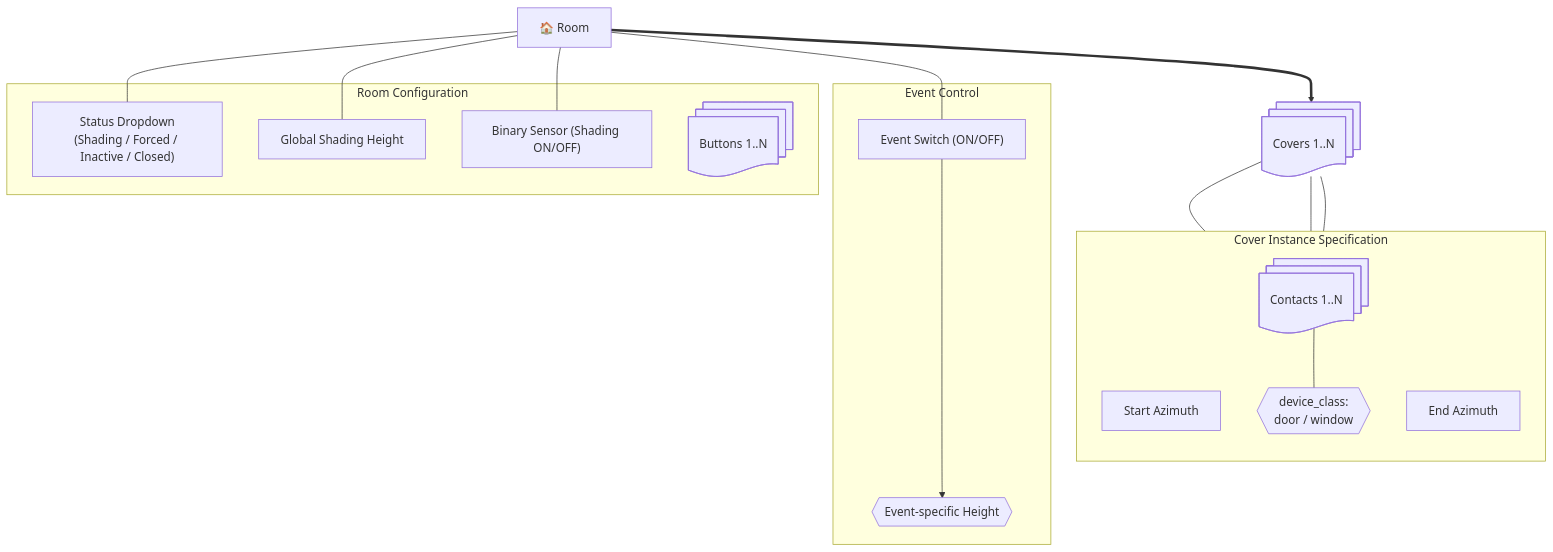
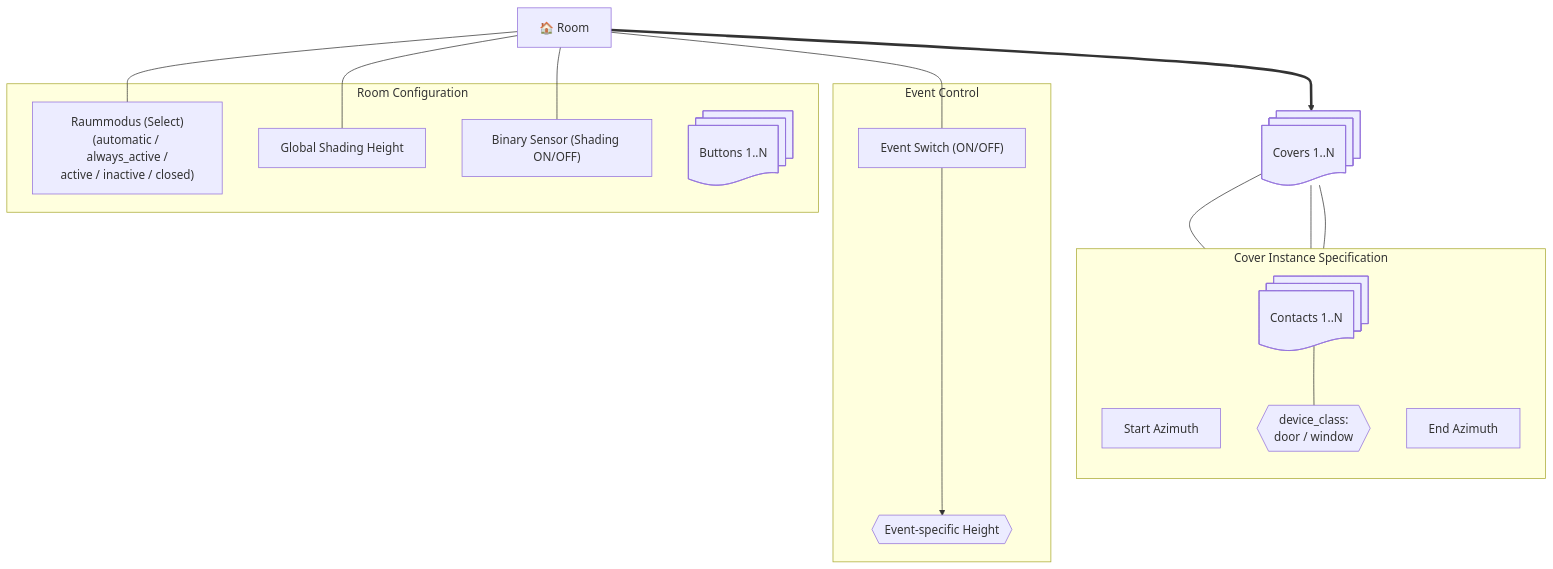
The diagram in .github/copilot-instructions.md (Revilo91/CoverControlAdvanced), drawn with Mermaid before and after one commit. The commit also changed other lines of this file and 2 other files, not shown here.

````diff
--- a/.github/copilot-instructions.md
+++ b/.github/copilot-instructions.md
@@ -40,48 +46,48 @@
 ```mermaid
 flowchart TD
     %% Room Level
     Room["🏠 Room"]
 
     subgraph RoomParams [Room Configuration]
-        State["Status Dropdown<br/>(Shading / Forced / Inactive / Closed)"]
+        State["Raummodus (Select)<br/>(automatic / always_active /<br/>active / inactive / closed)"]
         BaseHeight["Global Shading Height"]
         Hysteresis["Binary Sensor (Shading ON/OFF)"]
         EventButtons@{ shape: docs, label: "Buttons 1..N" }
     end
 
     subgraph EventSwitch [Event Control]
         Toggle["Event Switch (ON/OFF)"]
         EvHeight{{"Event-specific Height"}}
     end
 
     %% Links to Room
     Room --- State
     Room --- BaseHeight
     Room --- Hysteresis
     Room --- Toggle
     Toggle ---> EvHeight
 
     %% Stacked Covers using 'docs' shape
     CoverStack@{ shape: docs, label: "Covers 1..N" }
 
     Room ==> CoverStack
 
     subgraph CoverDetails [Cover Instance Specification]
         direction TB
 
         %% Separate Azimuth Nodes
         StartAz["Start Azimuth"]
         EndAz["End Azimuth"]
 
         %% Stacked Contacts with Device Class
         ContactStack@{ shape: docs, label: "Contacts 1..N" }
         DClass{{"device_class:<br/>door / window"}}
 
         ContactStack --- DClass
     end
 
     %% Connect the stack to its shared definition
     CoverStack --- StartAz
     CoverStack --- EndAz
     CoverStack --- ContactStack
  ```
````
